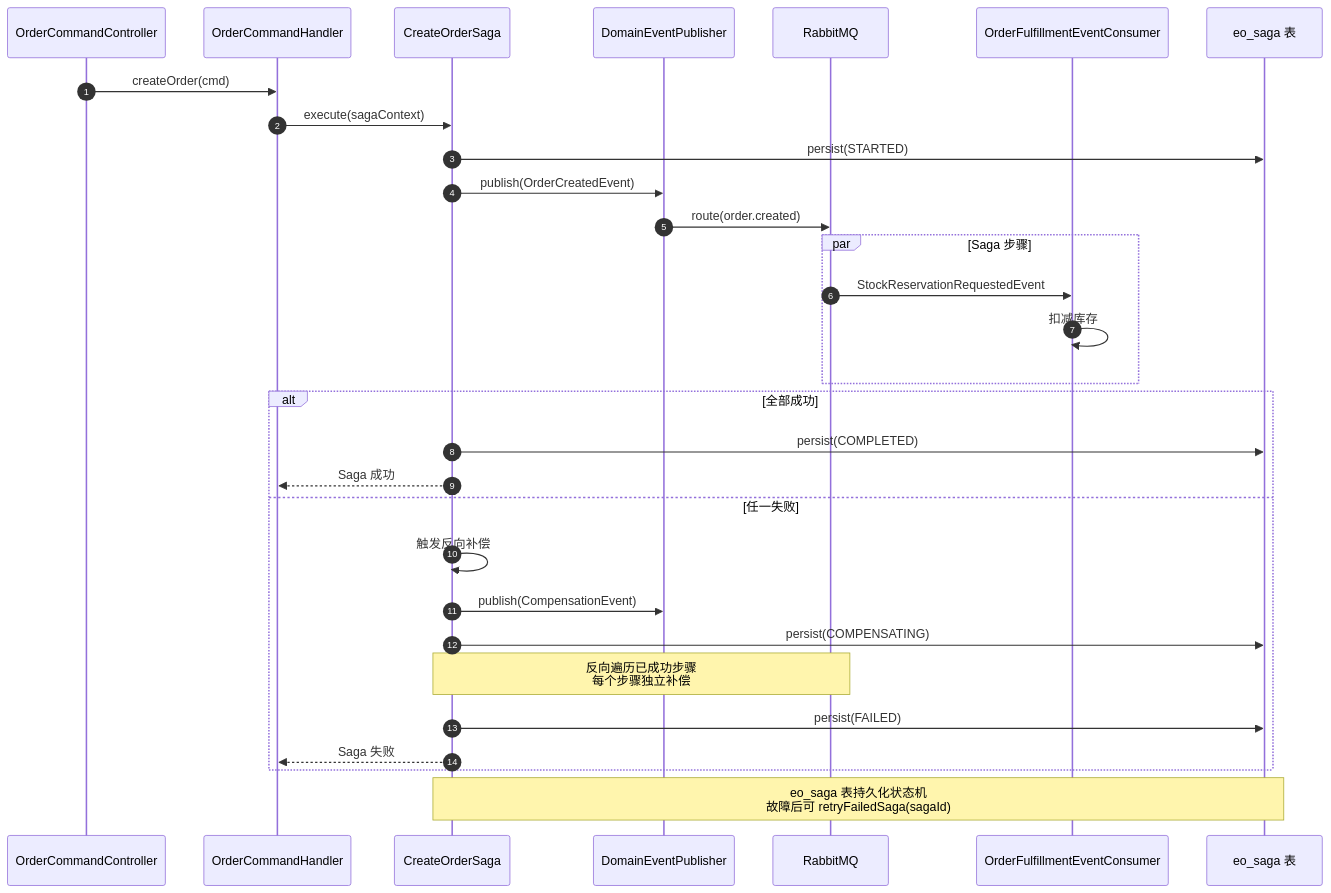
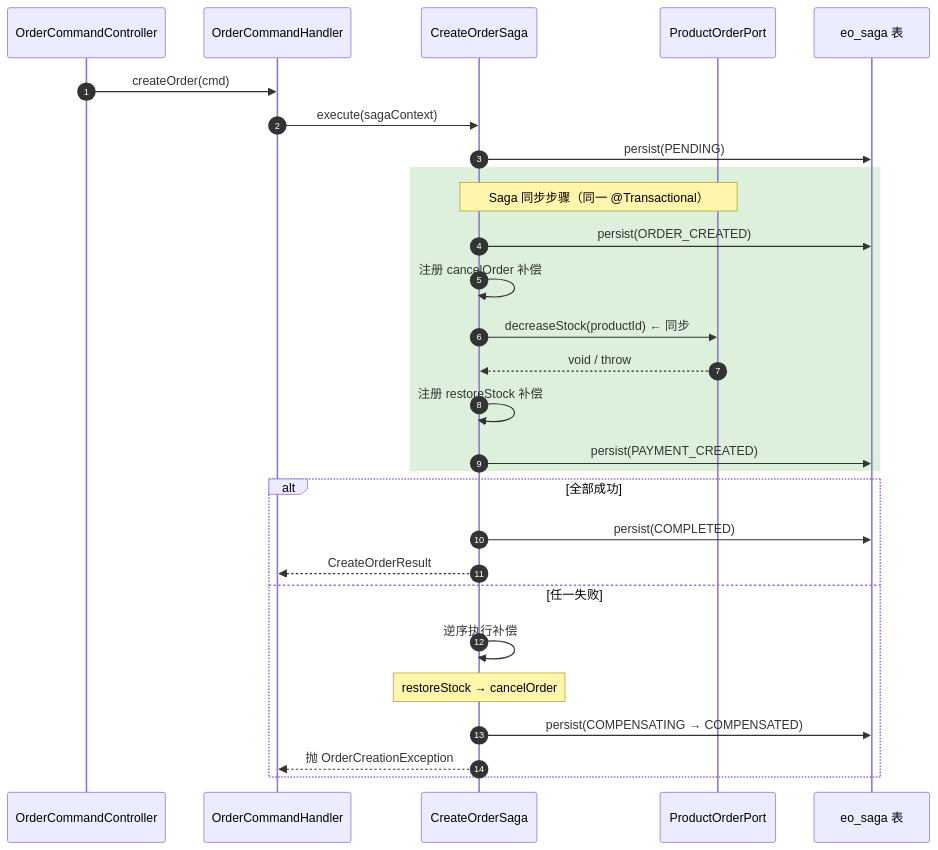
The third of 3 diagrams in README.md (471292781/EasyOrange), drawn with Mermaid before and after one commit. The commit also changed 202 other files, not shown here.

````diff
--- a/README.md
+++ b/README.md
@@ -126,36 +126,33 @@
 ```mermaid
 sequenceDiagram
     autonumber
     participant C as OrderCommandController
     participant H as OrderCommandHandler
     participant S as CreateOrderSaga
-    participant P as DomainEventPublisher
-    participant MQ as RabbitMQ
-    participant FC as OrderFulfillmentEventConsumer
+    participant Inv as ProductOrderPort
     participant DB as eo_saga 表
 
     C->>H: createOrder(cmd)
     H->>S: execute(sagaContext)
-    S->>DB: persist(STARTED)
-    S->>P: publish(OrderCreatedEvent)
-    P->>MQ: route(order.created)
+    S->>DB: persist(PENDING)
 
-    par Saga 步骤
-        MQ->>FC: StockReservationRequestedEvent
-        FC->>FC: 扣减库存
+    rect rgb(220, 240, 220)
+        Note over S,Inv: Saga 同步步骤（同一 @Transactional）
+        S->>DB: persist(ORDER_CREATED)
+        S->>S: 注册 cancelOrder 补偿
+        S->>Inv: decreaseStock(productId)  ← 同步
+        Inv-->>S: void / throw
+        S->>S: 注册 restoreStock 补偿
+        S->>DB: persist(PAYMENT_CREATED)
     end
 
     alt 全部成功
         S->>DB: persist(COMPLETED)
-        S-->>H: Saga 成功
+        S-->>H: CreateOrderResult
     else 任一失败
-        S->>S: 触发反向补偿
-        S->>P: publish(CompensationEvent)
-        S->>DB: persist(COMPENSATING)
-        Note over S,MQ: 反向遍历已成功步骤<br/>每个步骤独立补偿
-        S->>DB: persist(FAILED)
-        S-->>H: Saga 失败
+        S->>S: 逆序执行补偿
+        Note over S: restoreStock → cancelOrder
+        S->>DB: persist(COMPENSATING → COMPENSATED)
+        S-->>H: 抛 OrderCreationException
     end
-
-    Note over S,DB: eo_saga 表持久化状态机<br/>故障后可 retryFailedSaga(sagaId)
 ```
````
